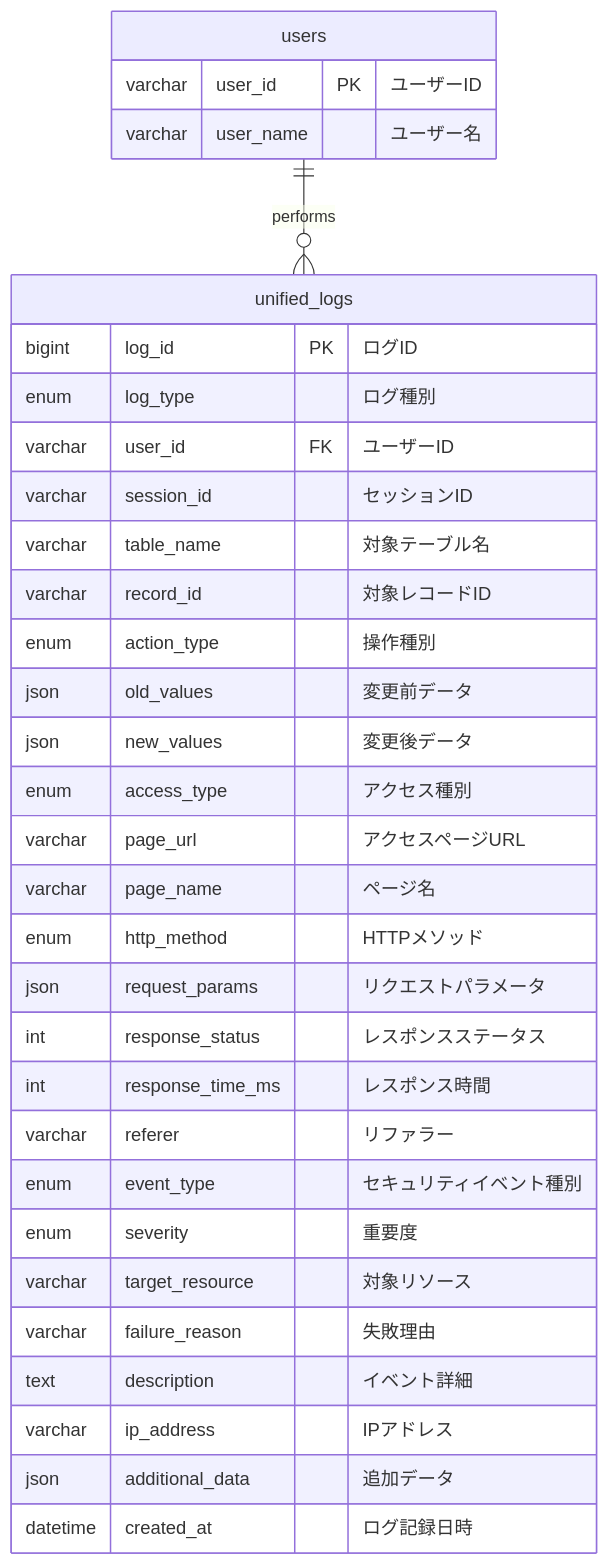
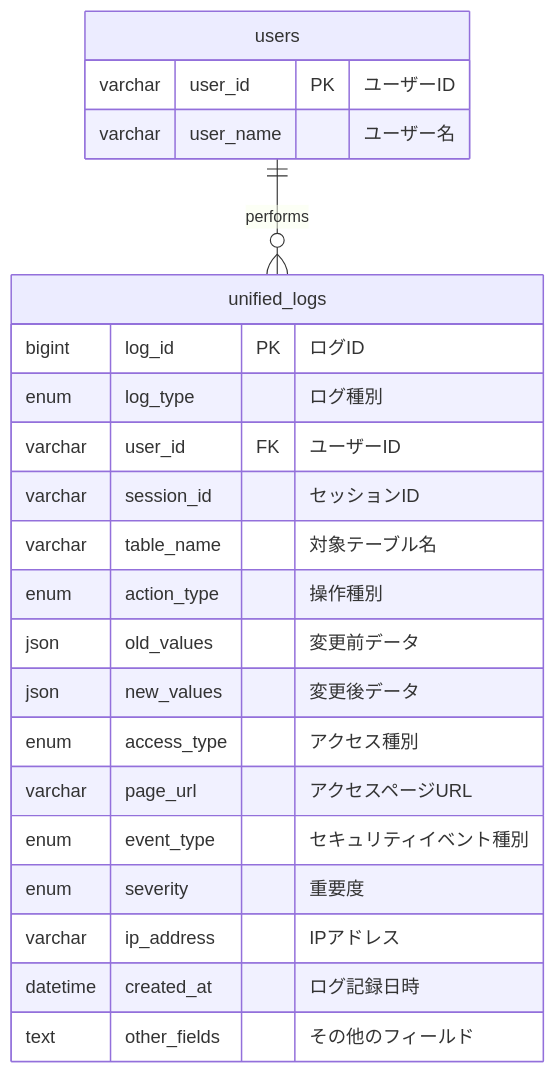
One commit to w3422008/update_DB changed the seventh of 10 diagrams in rebuild/資料/新医療機関システム/仕様書等/DB/E-R/ER_diagram.md. Above: the diagram before and after it, drawn with Mermaid. The commit also changed other lines of this file and 5 other files, not shown here.

````diff
--- a/rebuild/資料/新医療機関システム/仕様書等/DB/E-R/ER_diagram.md
+++ b/rebuild/資料/新医療機関システム/仕様書等/DB/E-R/ER_diagram.md
@@ -278,38 +297,28 @@
 ```mermaid
 erDiagram
     users {
         varchar user_id PK "ユーザーID"
         varchar user_name "ユーザー名"
     }
     
     unified_logs {
         bigint log_id PK "ログID"
         enum log_type "ログ種別"
         varchar user_id FK "ユーザーID"
         varchar session_id "セッションID"
         varchar table_name "対象テーブル名"
-        varchar record_id "対象レコードID"
         enum action_type "操作種別"
         json old_values "変更前データ"
         json new_values "変更後データ"
         enum access_type "アクセス種別"
         varchar page_url "アクセスページURL"
-        varchar page_name "ページ名"
-        enum http_method "HTTPメソッド"
-        json request_params "リクエストパラメータ"
-        int response_status "レスポンスステータス"
-        int response_time_ms "レスポンス時間"
-        varchar referer "リファラー"
         enum event_type "セキュリティイベント種別"
         enum severity "重要度"
-        varchar target_resource "対象リソース"
-        varchar failure_reason "失敗理由"
-        text description "イベント詳細"
         varchar ip_address "IPアドレス"
-        json additional_data "追加データ"
         datetime created_at "ログ記録日時"
+        text other_fields "その他のフィールド"
     }
     
     %% リレーションシップ
     users ||--o{ unified_logs : "performs"
 ```
````
